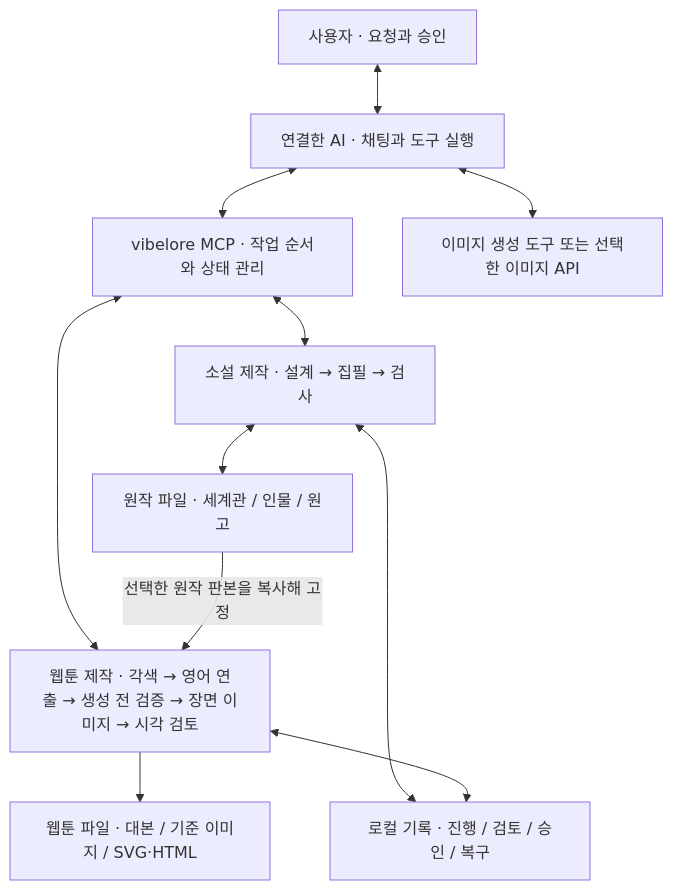
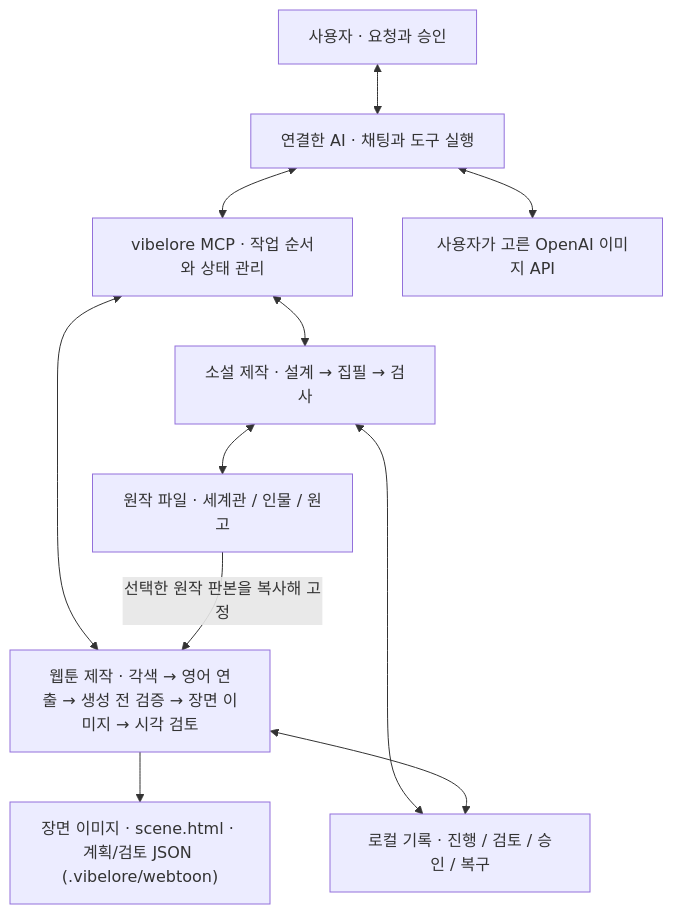
Before and after one commit to fbwndrud/vibelore: the first of 5 diagrams in docs/ARCHITECTURE.md, drawn with Mermaid. The commit also changed other lines of this file and 18 other files, not shown here.

First line of the commit message:
docs: match the guides and references to the scene webtoon path and the code

````diff
--- a/docs/ARCHITECTURE.md
+++ b/docs/ARCHITECTURE.md
@@ -14,13 +14,13 @@
 ```mermaid
 flowchart TB
     U["사용자 · 요청과 승인"] <--> H["연결한 AI · 채팅과 도구 실행"]
     H <--> V["vibelore MCP · 작업 순서와 상태 관리"]
-    H <--> G["이미지 생성 도구 또는 선택한 이미지 API"]
+    H <--> G["사용자가 고른 OpenAI 이미지 API"]
     V <--> N["소설 제작 · 설계 → 집필 → 검사"]
     V <--> W["웹툰 제작 · 각색 → 영어 연출 → 생성 전 검증 → 장면 이미지 → 시각 검토"]
     N <--> C["원작 파일 · 세계관 / 인물 / 원고"]
     C -->|"선택한 원작 판본을 복사해 고정"| W
-    W --> O["웹툰 파일 · 대본 / 기준 이미지 / SVG·HTML"]
+    W --> O["장면 이미지 · scene.html · 계획/검토 JSON (.vibelore/webtoon)"]
     N <--> S["로컬 기록 · 진행 / 검토 / 승인 / 복구"]
     W <--> S
 ```
````
